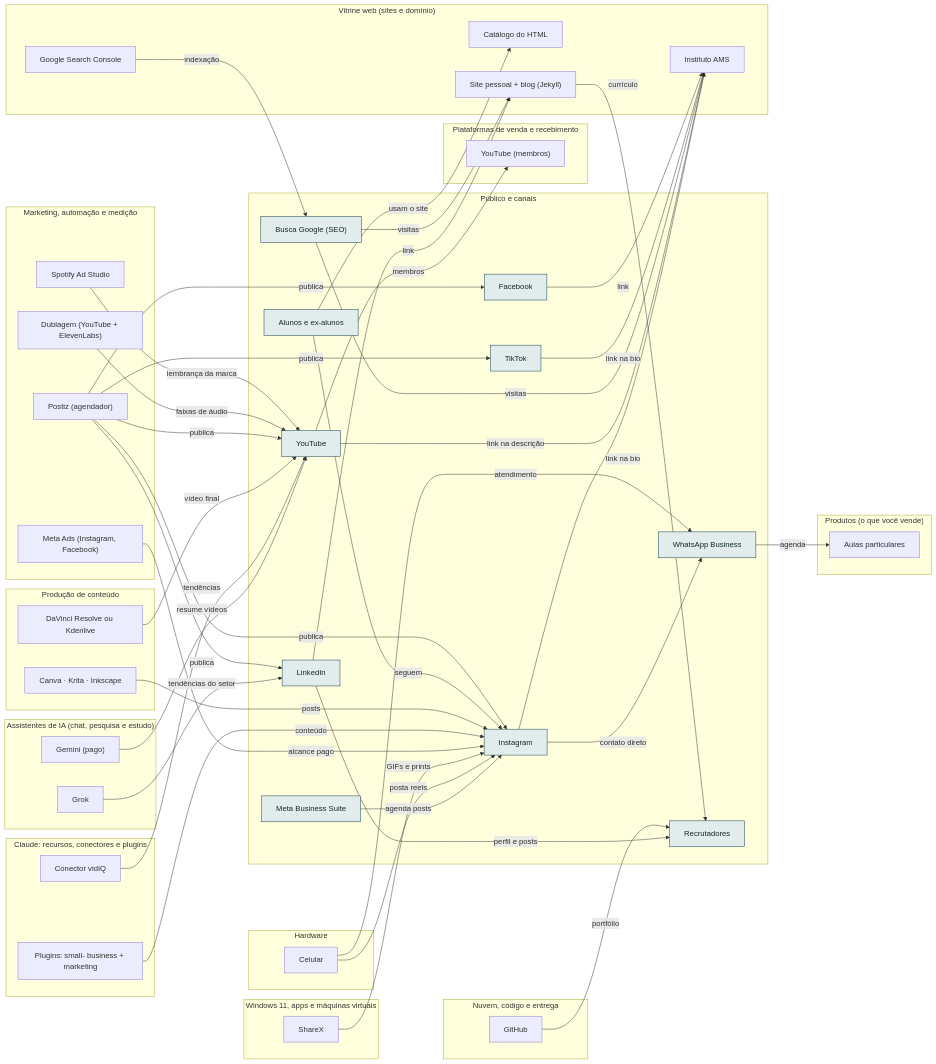
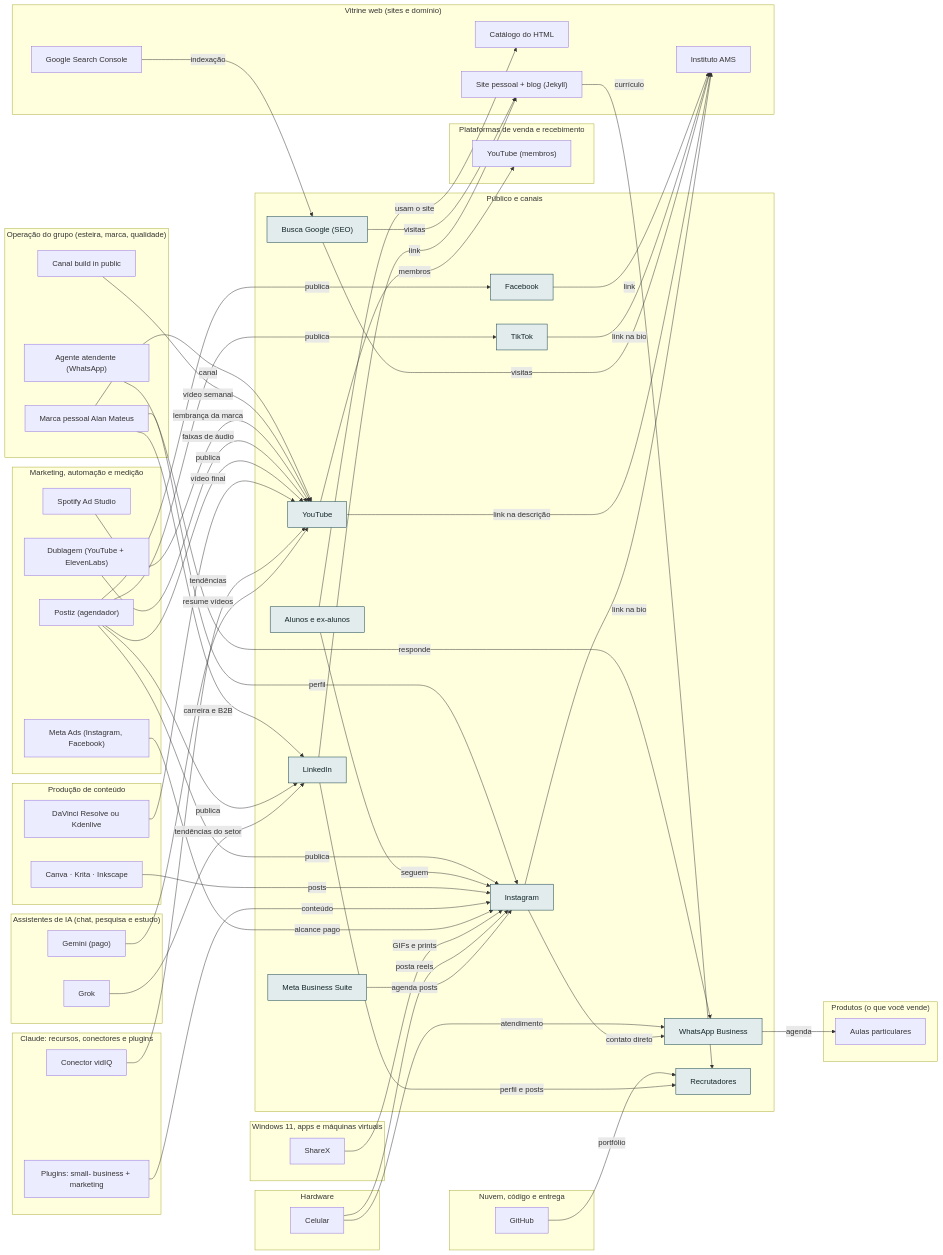
Before and after one commit to AlanMateus17/dev-setup: the diagram in docs/camadas/21-pub.md, drawn with Mermaid. The commit also changed other lines of this file and 34 other files, not shown here.

First line of the commit message:
feat: operação do grupo e portfólio único de ofertas

```diff
--- a/docs/camadas/21-pub.md
+++ b/docs/camadas/21-pub.md
@@ -24,6 +24,11 @@
     n_recr["Recrutadores"]
     n_tiktok["TikTok"]
     n_facebook["Facebook"]
+  end
+  subgraph L_oper["Operação do grupo (esteira, marca, qualidade)"]
+    n_oatend["Agente atendente (WhatsApp)"]
+    n_obuild["Canal build in public"]
+    n_omarca["Marca pessoal Alan Mateus"]
   end
   subgraph L_mkt["Marketing, automação e medição"]
     n_ads["Meta Ads (Instagram, Facebook)"]
@@ -74,6 +79,7 @@
   n_img -->|"posts"| n_ig
   n_alunos -->|"seguem"| n_ig
   n_postiz -->|"publica"| n_ig
+  n_omarca -->|"perfil"| n_ig
   n_yt -->|"membros"| n_ytm
   n_yt -->|"link na descrição"| n_inst
   n_gem -->|"resume vídeos"| n_yt
@@ -82,12 +88,16 @@
   n_postiz -->|"publica"| n_yt
   n_dub -->|"faixas de áudio"| n_yt
   n_spotads -->|"lembrança da marca"| n_yt
+  n_obuild -->|"vídeo semanal"| n_yt
+  n_omarca -->|"canal"| n_yt
   n_li -->|"perfil e posts"| n_recr
   n_li -->|"link"| n_site
   n_grok -->|"tendências do setor"| n_li
   n_postiz -->|"publica"| n_li
+  n_omarca -->|"carreira e B2B"| n_li
   n_wa -->|"agenda"| n_aulas
   n_cel -->|"atendimento"| n_wa
+  n_oatend -->|"responde"| n_wa
   n_seo -->|"visitas"| n_site
   n_seo -->|"visitas"| n_inst
   n_gsc -->|"indexação"| n_seo
```
